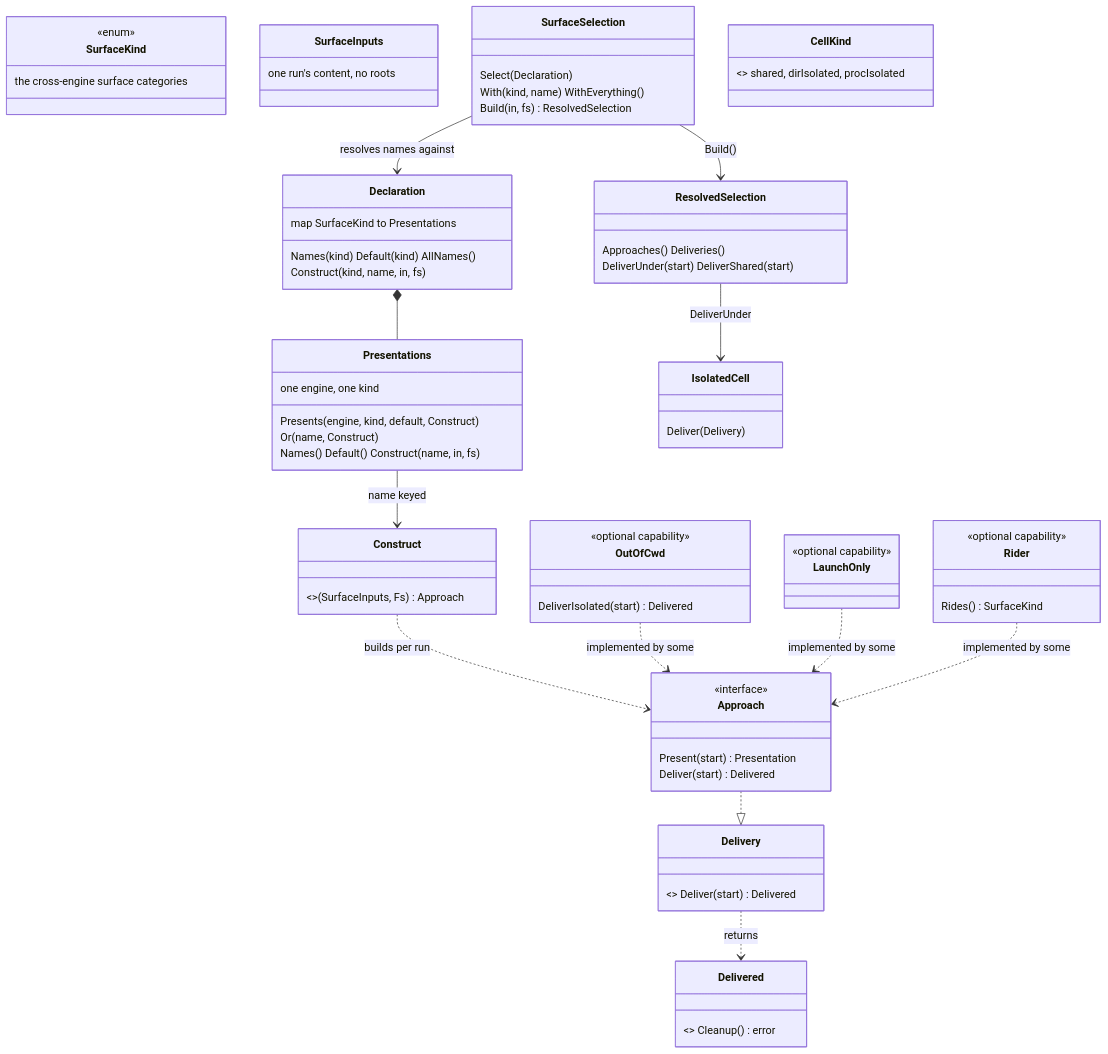
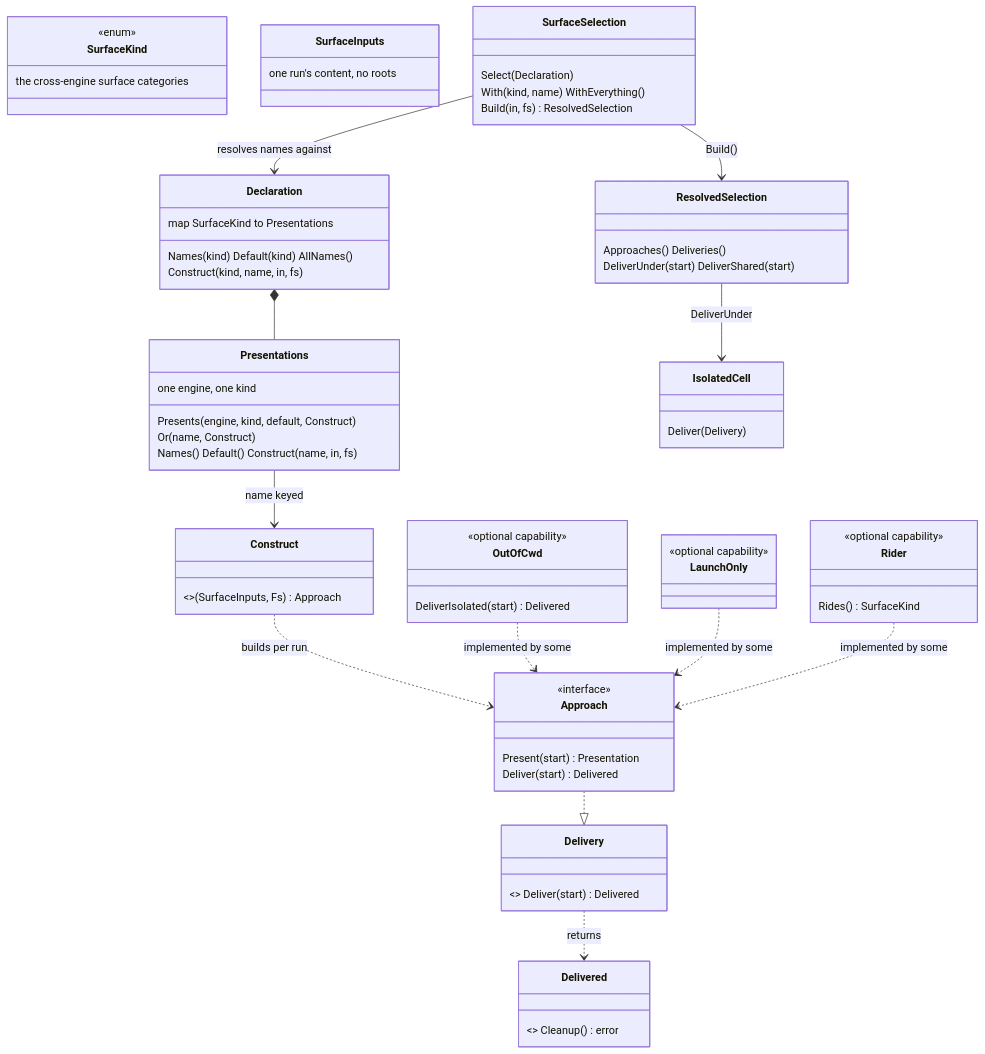
Before and after one commit to ctxloom/ctxloom: the diagram in docs/architecture/shared/agent-surface-delivery.md, drawn with Mermaid. The commit also changed other lines of this file and 15 other files, not shown here.

First line of the commit message:
refactor(launch): delete the cell kind and the container half of a cell

````diff
--- a/docs/architecture/shared/agent-surface-delivery.md
+++ b/docs/architecture/shared/agent-surface-delivery.md
@@ -19,59 +19,58 @@
 ```mermaid
 classDiagram
     class SurfaceKind {
         <<enum>>
         the cross-engine surface categories
     }
     class Approach {
         <<interface>>
         Present(start) Presentation
         Deliver(start) Delivered
     }
     class OutOfCwd {
         <<optional capability>>
         DeliverIsolated(start) Delivered
     }
     class LaunchOnly { <<optional capability>> }
     class Rider {
         <<optional capability>>
         Rides() SurfaceKind
     }
     class Construct { <<func>> (SurfaceInputs, Fs) Approach }
     class Presentations {
         one engine, one kind
         Presents(engine, kind, default, Construct)
         Or(name, Construct)
         Names() Default() Construct(name, in, fs)
     }
     class Declaration {
         map SurfaceKind to Presentations
         Names(kind) Default(kind) AllNames()
         Construct(kind, name, in, fs)
     }
     class SurfaceInputs { one run's content, no roots }
     class SurfaceSelection {
         Select(Declaration)
         With(kind, name) WithEverything()
         Build(in, fs) ResolvedSelection
     }
     class ResolvedSelection {
         Approaches() Deliveries()
         DeliverUnder(start) DeliverShared(start)
     }
     class Delivery { <<interface>> Deliver(start) Delivered }
     class Delivered { <<interface>> Cleanup() error }
     class IsolatedCell { Deliver(Delivery) }
-    class CellKind { <<enum>> shared, dirIsolated, procIsolated }
 
     Declaration *-- Presentations
     Presentations --> Construct : name keyed
     Construct ..> Approach : builds per run
     Approach ..|> Delivery
     OutOfCwd ..> Approach : implemented by some
     LaunchOnly ..> Approach : implemented by some
     Rider ..> Approach : implemented by some
     SurfaceSelection --> Declaration : resolves names against
     SurfaceSelection --> ResolvedSelection : Build()
     ResolvedSelection --> IsolatedCell : DeliverUnder
     Delivery ..> Delivered : returns
 ```
````
